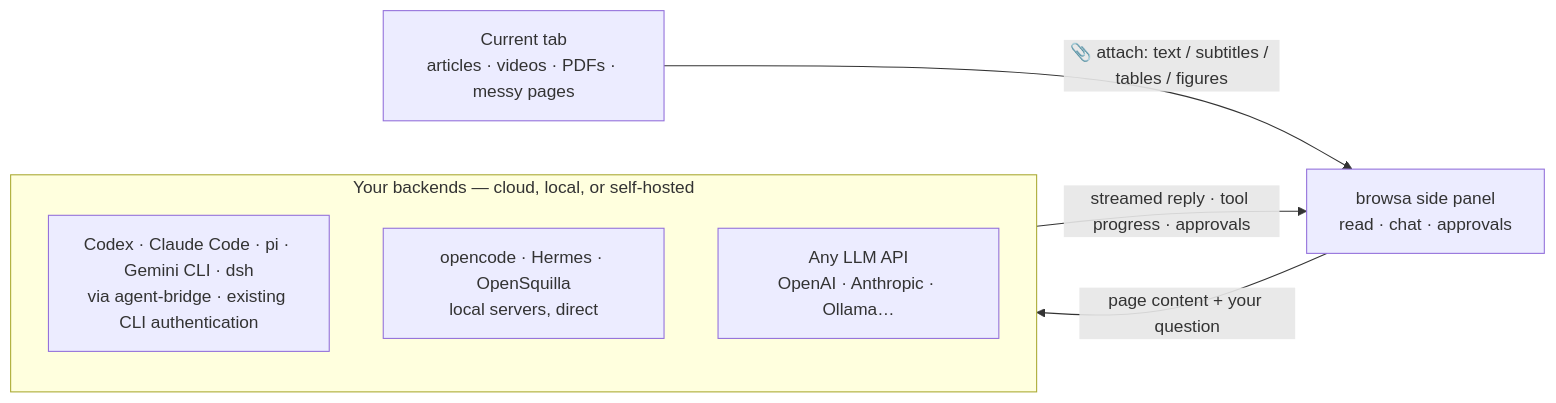
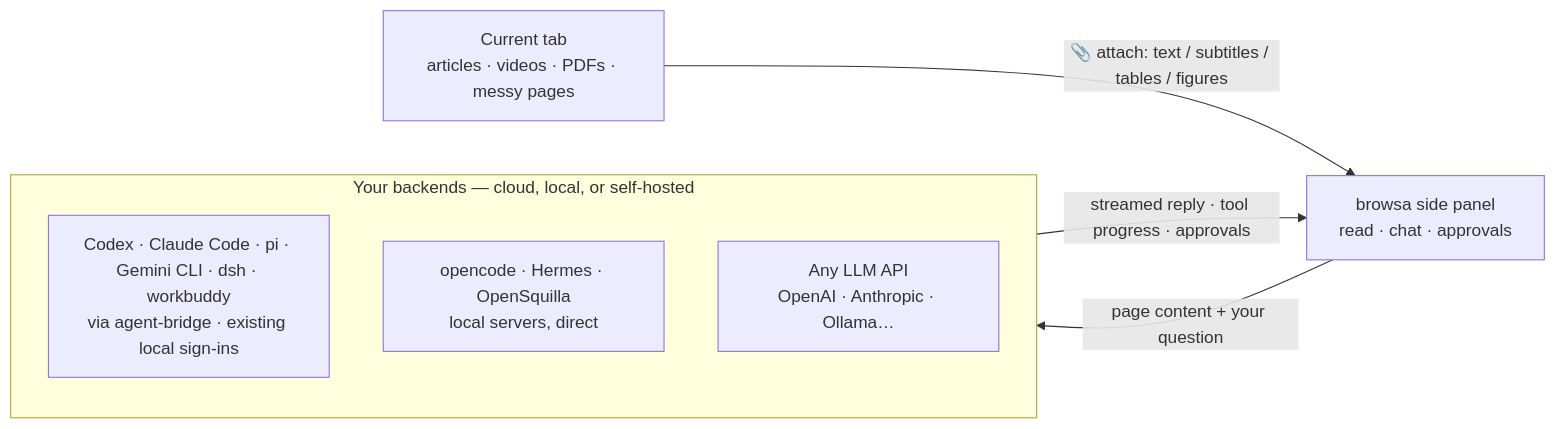
One commit to xiaohuzai/browsa changed the diagram in README.es.md. Above: the diagram before and after it, drawn with Mermaid. The commit also changed other lines of this file and 19 other files, not shown here.

Commit message:
docs: agent 家族补 workbuddy——README 双语+五语、官网落地页七语、guide、bridge 芯片 banner 重渲染 (#231)

````diff
--- a/README.es.md
+++ b/README.es.md
@@ -60,13 +61,13 @@
 ```mermaid
 flowchart LR
     P["Current tab<br/>articles · videos · PDFs · messy pages"]
     B["browsa side panel<br/>read · chat · approvals"]
     subgraph Y["Your backends — cloud, local, or self-hosted"]
-        A1["Codex · Claude Code · pi · Gemini CLI · dsh<br/>via agent-bridge · existing CLI authentication"]
+        A1["Codex · Claude Code · pi · Gemini CLI · dsh · workbuddy<br/>via agent-bridge · existing local sign-ins"]
         A2["opencode · Hermes · OpenSquilla<br/>local servers, direct"]
         A3["Any LLM API<br/>OpenAI · Anthropic · Ollama…"]
     end
     P -->|"📎 attach: text / subtitles / tables / figures"| B
     B -->|"page content + your question"| Y
     Y -->|"streamed reply · tool progress · approvals"| B
 ```
````
